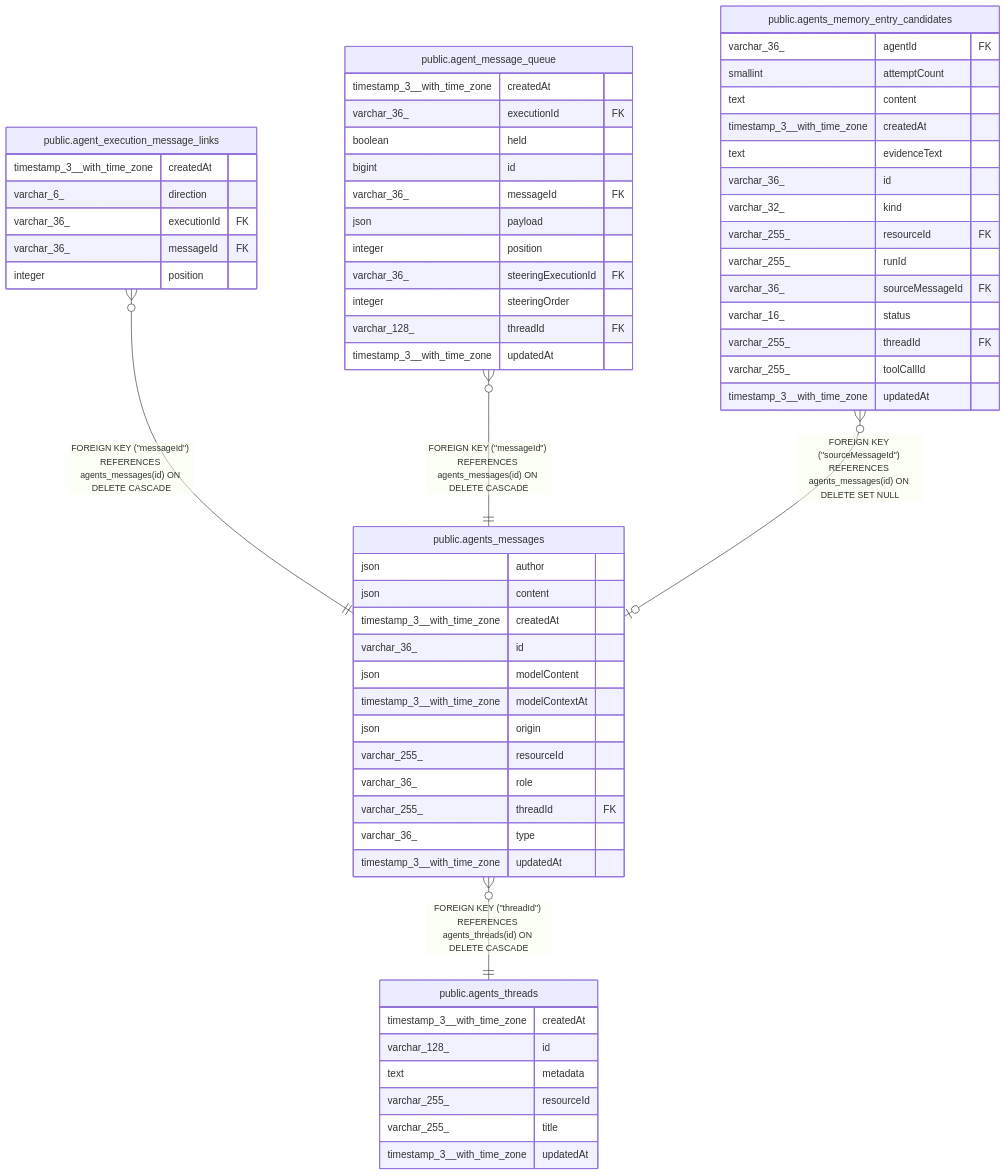
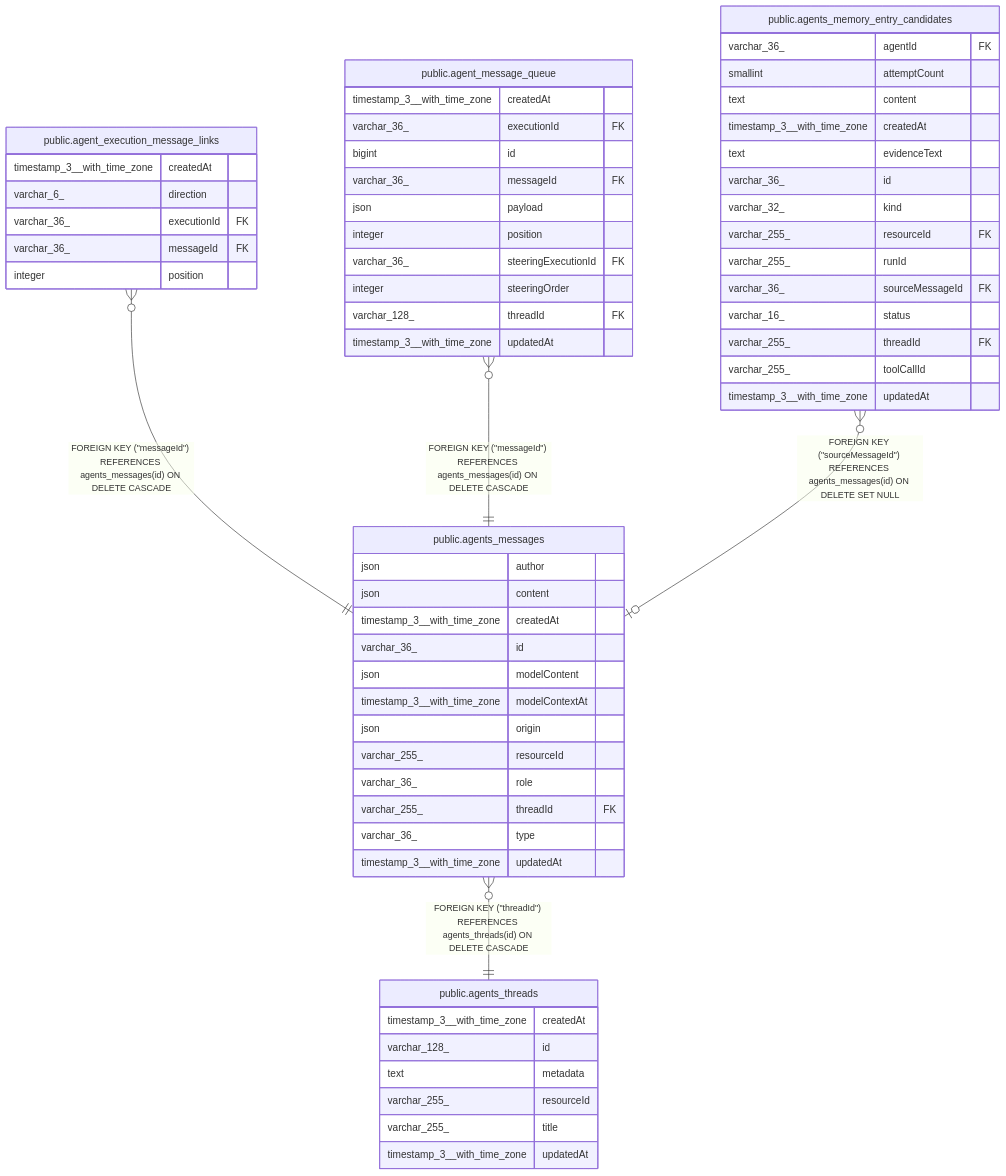
The diagram in docs/generated/postgres-schema/public.agents_messages.md (nihas14m-star/n8n), drawn with Mermaid before and after one commit. The commit also changed 35 other files, not shown here.

````diff
--- a/docs/generated/postgres-schema/public.agents_messages.md
+++ b/docs/generated/postgres-schema/public.agents_messages.md
@@ -46,67 +46,66 @@
 ```mermaid
 erDiagram
 
 "public.agent_execution_message_links" }o--|| "public.agents_messages" : "FOREIGN KEY (#quot;messageId#quot;) REFERENCES agents_messages(id) ON DELETE CASCADE"
 "public.agent_message_queue" }o--|| "public.agents_messages" : "FOREIGN KEY (#quot;messageId#quot;) REFERENCES agents_messages(id) ON DELETE CASCADE"
 "public.agents_memory_entry_candidates" }o--o| "public.agents_messages" : "FOREIGN KEY (#quot;sourceMessageId#quot;) REFERENCES agents_messages(id) ON DELETE SET NULL"
 "public.agents_messages" }o--|| "public.agents_threads" : "FOREIGN KEY (#quot;threadId#quot;) REFERENCES agents_threads(id) ON DELETE CASCADE"
 
 "public.agents_messages" {
   json author
   json content
   timestamp_3__with_time_zone createdAt
   varchar_36_ id
   json modelContent
   timestamp_3__with_time_zone modelContextAt
   json origin
   varchar_255_ resourceId
   varchar_36_ role
   varchar_255_ threadId FK
   varchar_36_ type
   timestamp_3__with_time_zone updatedAt
 }
 "public.agent_execution_message_links" {
   timestamp_3__with_time_zone createdAt
   varchar_6_ direction
   varchar_36_ executionId FK
   varchar_36_ messageId FK
   integer position
 }
 "public.agent_message_queue" {
   timestamp_3__with_time_zone createdAt
   varchar_36_ executionId FK
-  boolean held
   bigint id
   varchar_36_ messageId FK
   json payload
   integer position
   varchar_36_ steeringExecutionId FK
   integer steeringOrder
   varchar_128_ threadId FK
   timestamp_3__with_time_zone updatedAt
 }
 "public.agents_memory_entry_candidates" {
   varchar_36_ agentId FK
   smallint attemptCount
   text content
   timestamp_3__with_time_zone createdAt
   text evidenceText
   varchar_36_ id
   varchar_32_ kind
   varchar_255_ resourceId FK
   varchar_255_ runId
   varchar_36_ sourceMessageId FK
   varchar_16_ status
   varchar_255_ threadId FK
   varchar_255_ toolCallId
   timestamp_3__with_time_zone updatedAt
 }
 "public.agents_threads" {
   timestamp_3__with_time_zone createdAt
   varchar_128_ id
   text metadata
   varchar_255_ resourceId
   varchar_255_ title
   timestamp_3__with_time_zone updatedAt
 }
 ```
````
